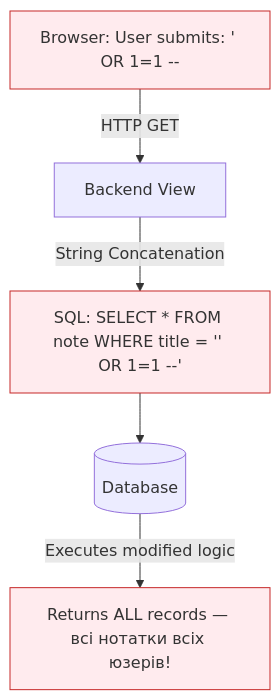
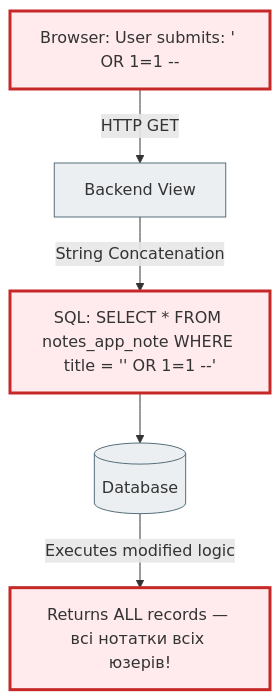
The second of 4 diagrams in docs/03_database_and_orm/relational_db_foundations_full.md (NikoriakViktot/notes_chat_app), drawn with Mermaid before and after one commit. The commit also changed other lines of this file and 441 other files, not shown here.

First line of the commit message:
Add English version of the book, Mermaid standard, docs fixes

````diff
--- a/docs/03_database_and_orm/relational_db_foundations_full.md
+++ b/docs/03_database_and_orm/relational_db_foundations_full.md
@@ -881,10 +892,12 @@
 ```mermaid
 graph TD
     A["Browser: User submits: ' OR 1=1 --"] -->|HTTP GET| B[Backend View]
-    B -->|String Concatenation| C["SQL: SELECT * FROM note WHERE title = '' OR 1=1 --'"]
+    B -->|String Concatenation| C["SQL: SELECT * FROM notes_app_note WHERE title = '' OR 1=1 --'"]
     C --> D[(Database)]
     D -->|Executes modified logic| E[Returns ALL records — всі нотатки всіх юзерів!]
-    style A fill:#ffebee,stroke:#c62828
-    style C fill:#ffebee,stroke:#c62828
-    style E fill:#ffebee,stroke:#c62828
+
+    classDef step     fill:#eceff1,stroke:#546e7a,stroke-width:1px;
+    classDef error    fill:#ffebee,stroke:#c62828,stroke-width:3px;
+    class B,D step;
+    class A,C,E error;
 ```
````
